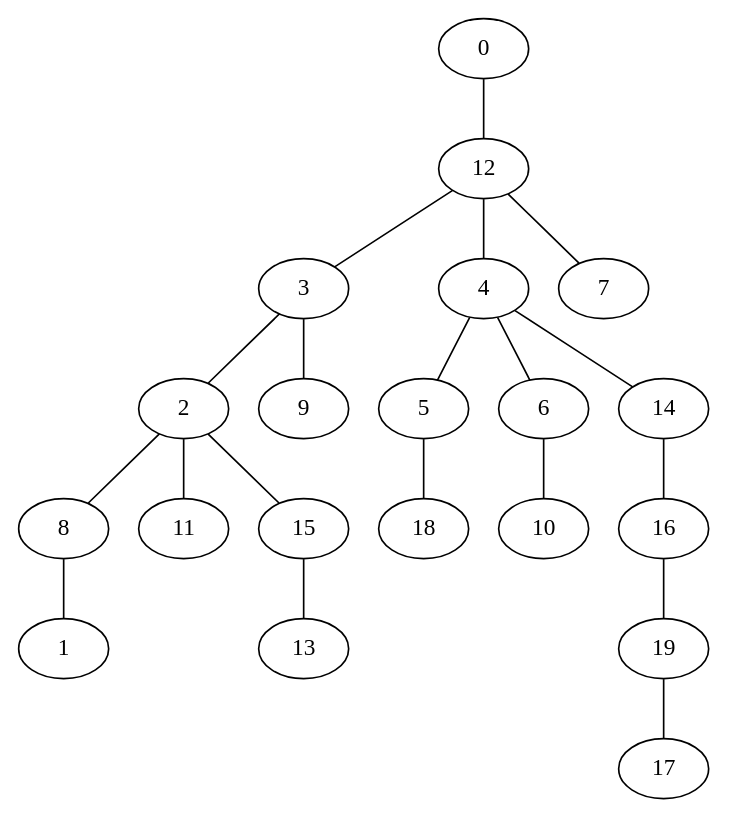
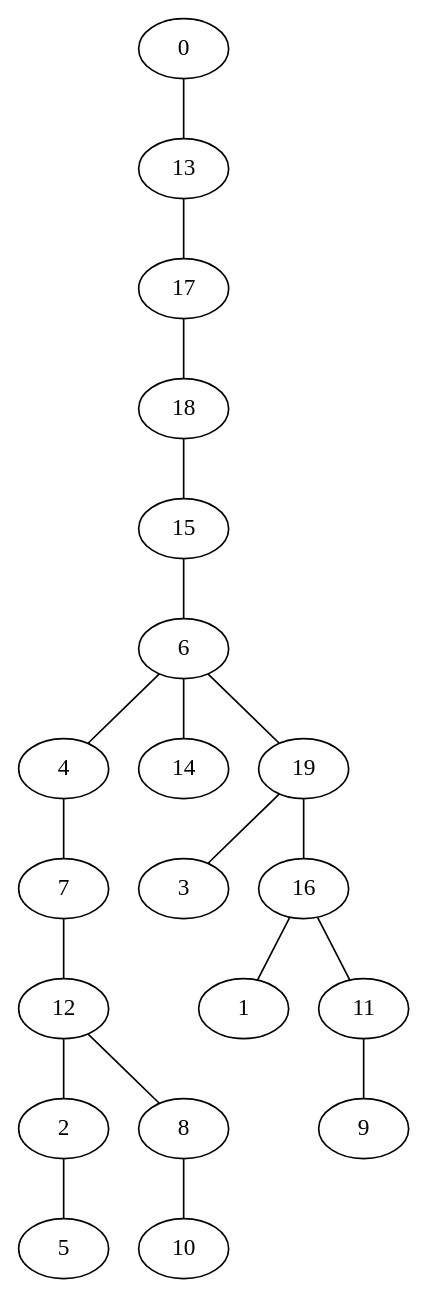
Before and after one commit to VillegasGG/greedy-firefighter-problem: the diagram in experiments/pygrapghviz.dot, drawn with Graphviz. The commit also changed 3 other files, not shown here.

```diff
--- a/experiments/pygrapghviz.dot
+++ b/experiments/pygrapghviz.dot
@@ -1,21 +1,21 @@
 strict graph "" {
-	0 -- 12;
-	12 -- 3;
-	12 -- 4;
-	12 -- 7;
-	3 -- 2;
-	3 -- 9;
-	4 -- 5;
-	4 -- 6;
-	4 -- 14;
-	5 -- 18;
-	6 -- 10;
-	14 -- 16;
-	16 -- 19;
-	19 -- 17;
-	2 -- 8;
-	2 -- 11;
-	2 -- 15;
-	8 -- 1;
-	15 -- 13;
+	0 -- 13;
+	13 -- 17;
+	17 -- 18;
+	18 -- 15;
+	15 -- 6;
+	6 -- 4;
+	6 -- 14;
+	6 -- 19;
+	4 -- 7;
+	19 -- 3;
+	19 -- 16;
+	16 -- 1;
+	16 -- 11;
+	11 -- 9;
+	7 -- 12;
+	12 -- 2;
+	12 -- 8;
+	2 -- 5;
+	8 -- 10;
 }
```
